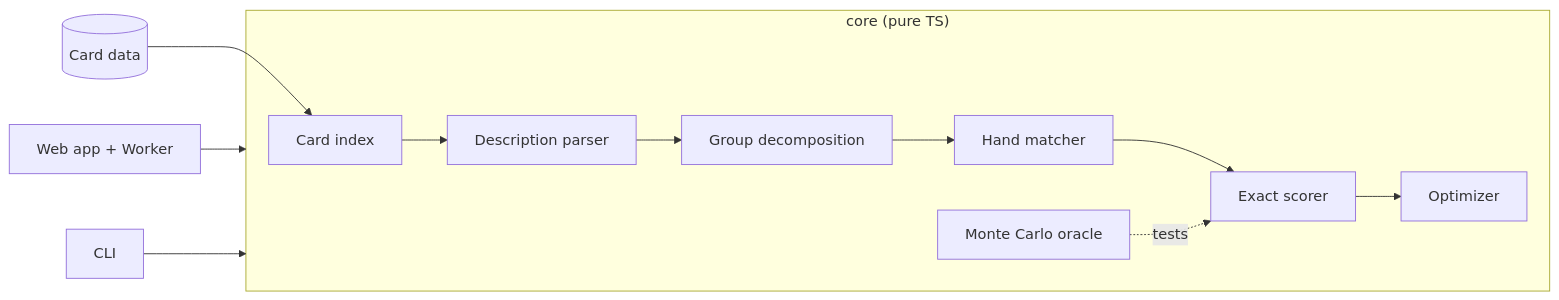
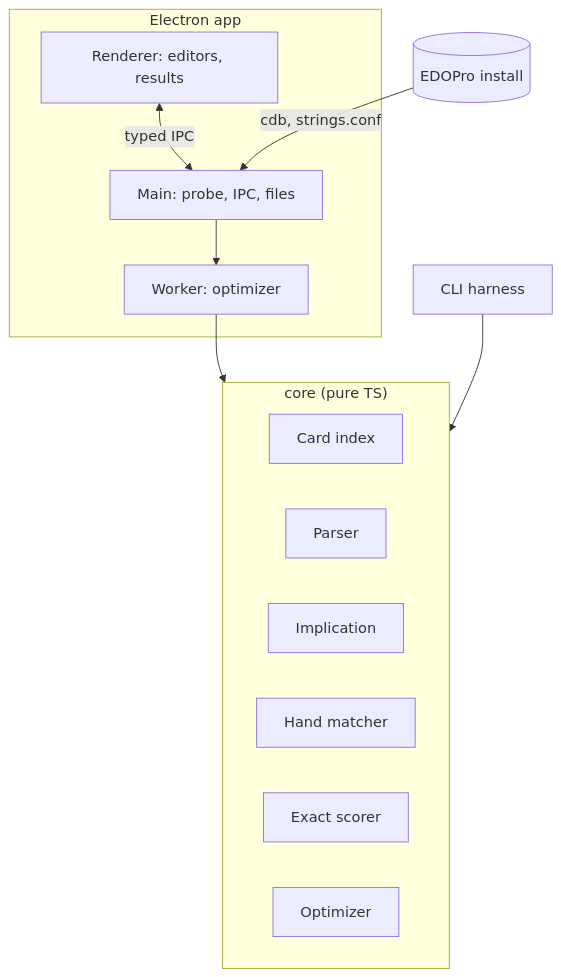
The diagram in docs/PRD.md (96jonesa/ygo-deck-optimizer), drawn with Mermaid before and after one commit. The commit also changed other lines of this file, not shown here.

````diff
--- a/docs/PRD.md
+++ b/docs/PRD.md
@@ -272,15 +252,22 @@
 ```mermaid
-flowchart LR
+flowchart TB
+    subgraph App [Electron app]
+        UI[Renderer: editors, results]
+        M[Main: probe, IPC, files]
+        W[Worker: optimizer]
+    end
     subgraph Core ["core (pure TS)"]
-        CI[Card index] --> PA[Description parser]
-        PA --> GD[Group decomposition]
-        GD --> HM[Hand matcher]
-        HM --> SC[Exact scorer]
-        SC --> OP[Optimizer]
-        MC[Monte Carlo oracle]
+        CI[Card index]
+        PA[Parser]
+        IM[Implication]
+        HM[Hand matcher]
+        SC[Exact scorer]
+        OP[Optimizer]
     end
-    DB[(Card data)] --> CI
-    WEB[Web app + Worker] --> Core
-    CLI[CLI] --> Core
-    MC -. tests .-> SC
+    E[(EDOPro install)]
+    UI <-->|typed IPC| M
+    M --> W
+    W --> Core
+    E -->|cdb, strings.conf| M
+    CLI[CLI harness] --> Core
 ```
````
